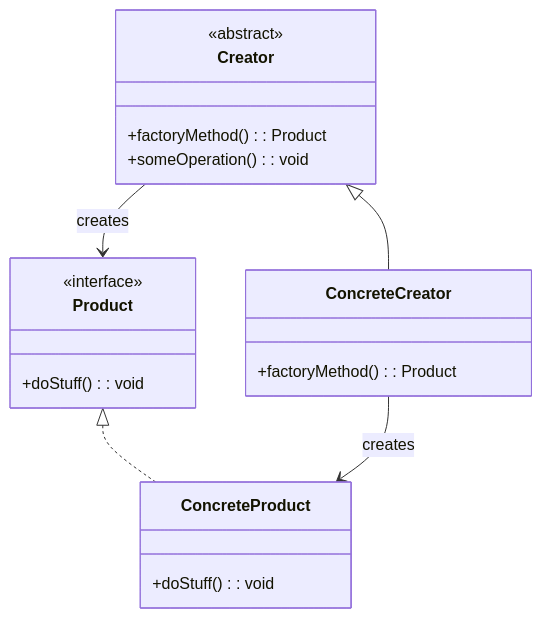
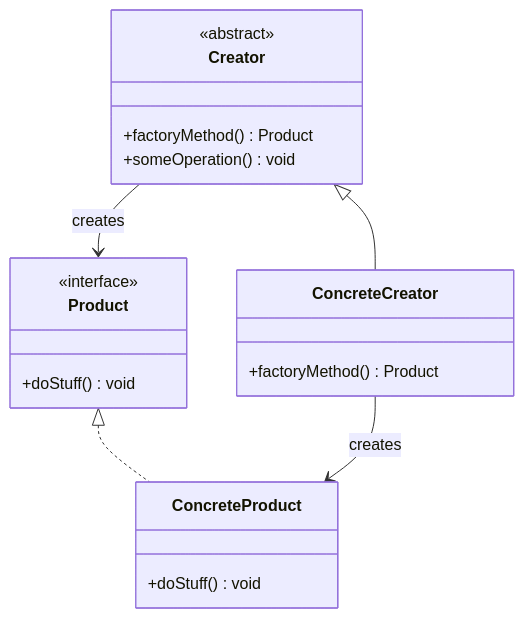
The eighth of 21 diagrams in content/posts/教學/分析與設計/Design Pattern教學(二).md (chihhung/Blog), drawn with Mermaid before and after one commit. The commit also changed other lines of this file, not shown here.

Commit message:
修復 Design Pattern 教學(二) 中的 Mermaid mindmap 語法錯誤，改用 graph TB 格式以相容 Mermaid 11.12.1

````diff
--- a/content/posts/教學/分析與設計/Design Pattern教學(二).md
+++ b/content/posts/教學/分析與設計/Design Pattern教學(二).md
@@ -663,23 +702,23 @@
 ```mermaid
 classDiagram
     class Creator {
         <<abstract>>
-        +factoryMethod(): Product
-        +someOperation(): void
+        +factoryMethod() Product
+        +someOperation() void
     }
     class ConcreteCreator {
-        +factoryMethod(): Product
+        +factoryMethod() Product
     }
     class Product {
         <<interface>>
-        +doStuff(): void
+        +doStuff() void
     }
     class ConcreteProduct {
-        +doStuff(): void
+        +doStuff() void
     }
     
     Creator <|-- ConcreteCreator
     Product <|.. ConcreteProduct
     Creator --> Product : creates
     ConcreteCreator --> ConcreteProduct : creates
 ```
````
